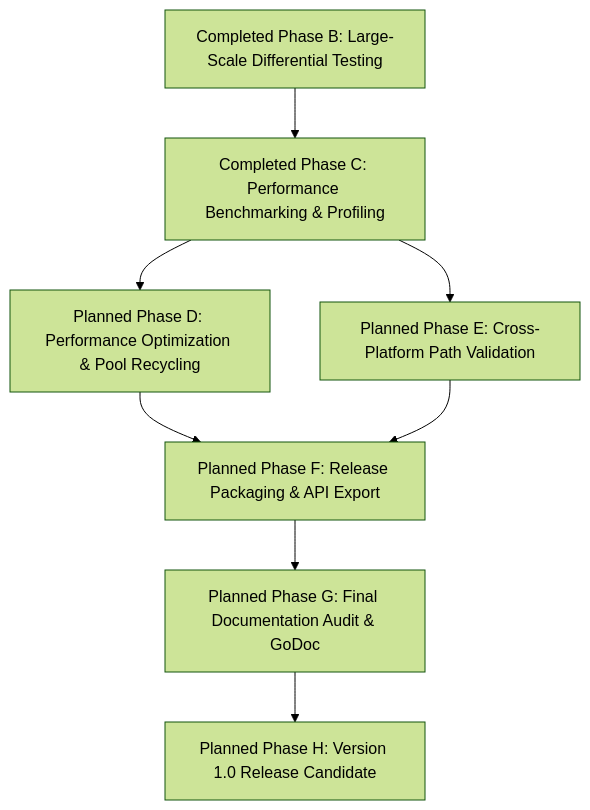
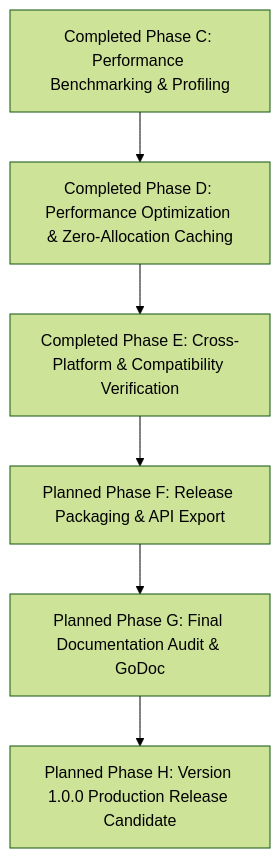
The diagram in RELEASE_PLAN.md (Sourav-Singhhh/PortMortem), drawn with Mermaid (forest theme) before and after one commit. The commit also changed other lines of this file and 4 other files, not shown here.

````diff
--- a/RELEASE_PLAN.md
+++ b/RELEASE_PLAN.md
@@ -182,10 +139,8 @@
 ```mermaid
 graph TD
-    B["Completed Phase B: Large-Scale Differential Testing"] --> C["Completed Phase C: Performance Benchmarking & Profiling"]
-    C --> D["Planned Phase D: Performance Optimization & Pool Recycling"]
-    C --> E["Planned Phase E: Cross-Platform Path Validation"]
-    D --> F["Planned Phase F: Release Packaging & API Export"]
-    E --> F
+    C["Completed Phase C: Performance Benchmarking & Profiling"] --> D["Completed Phase D: Performance Optimization & Zero-Allocation Caching"]
+    D --> E["Completed Phase E: Cross-Platform & Compatibility Verification"]
+    E --> F["Planned Phase F: Release Packaging & API Export"]
     F --> G["Planned Phase G: Final Documentation Audit & GoDoc"]
-    G --> H["Planned Phase H: Version 1.0 Release Candidate"]
+    G --> H["Planned Phase H: Version 1.0.0 Production Release Candidate"]
 ```
````
